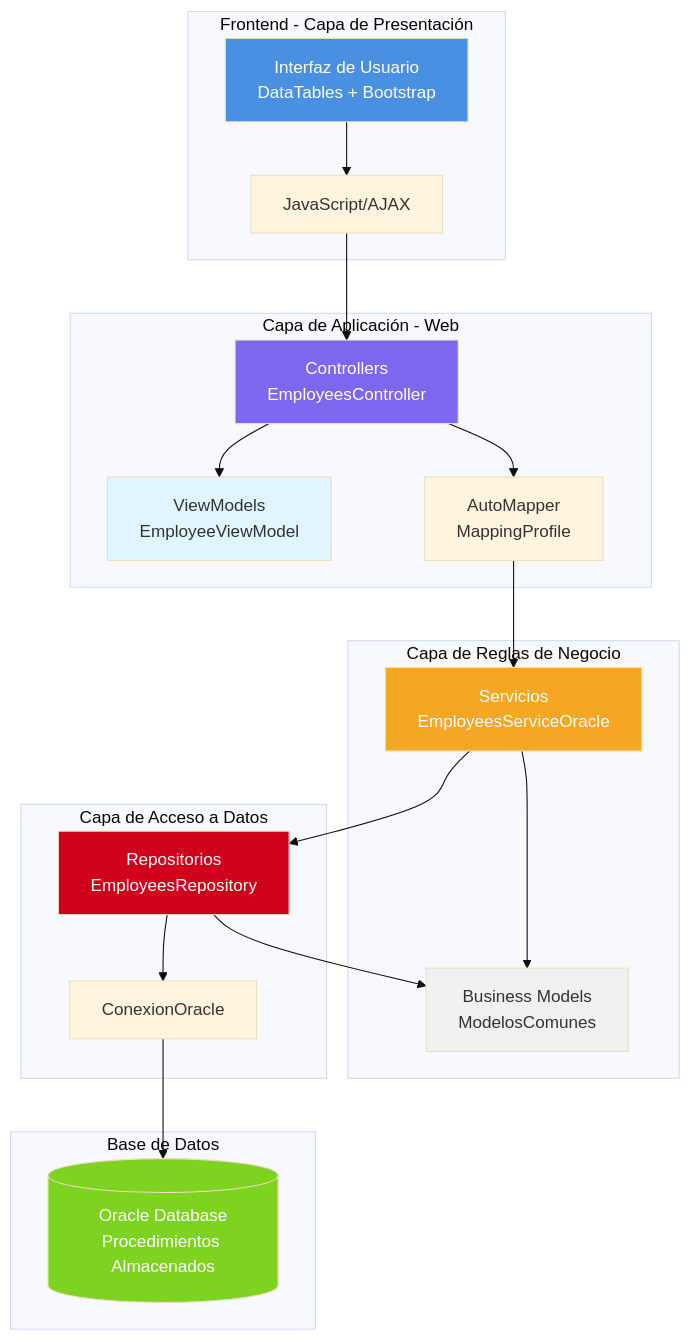
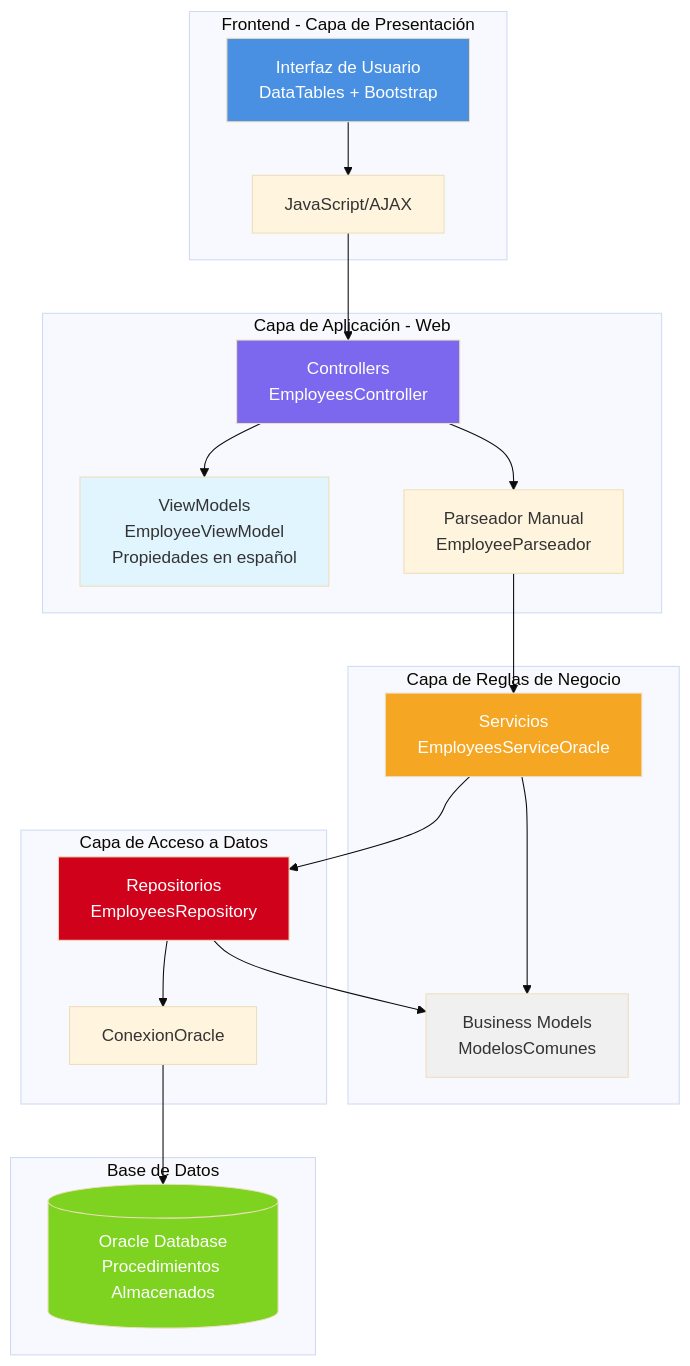
Before and after one commit to alejandro3469/AdministracionFlotillas: the first of 8 diagrams in docs/ARQUITECTURA.md, drawn with Mermaid (base theme). The commit also changed other lines of this file and 4 other files, not shown here.

First line of the commit message:
Docs: actualizar documentación para reflejar parseador manual y ViewModels en español

````diff
--- a/docs/ARQUITECTURA.md
+++ b/docs/ARQUITECTURA.md
@@ -5,46 +5,46 @@
 ```mermaid
 graph TB
     subgraph "Frontend - Capa de Presentación"
         UI[Interfaz de Usuario<br/>DataTables + Bootstrap]
         JS[JavaScript/AJAX]
         UI --> JS
     end
     
     subgraph "Capa de Aplicación - Web"
         CTRL[Controllers<br/>EmployeesController]
-        VM[ViewModels<br/>EmployeeViewModel]
-        PARSER[AutoMapper<br/>MappingProfile]
+        VM[ViewModels<br/>EmployeeViewModel<br/>Propiedades en español]
+        PARSER[Parseador Manual<br/>EmployeeParseador]
         CTRL --> VM
         CTRL --> PARSER
     end
     
     subgraph "Capa de Reglas de Negocio"
         SERV[Servicios<br/>EmployeesServiceOracle]
         BM[Business Models<br/>ModelosComunes]
         SERV --> BM
     end
     
     subgraph "Capa de Acceso a Datos"
         REPO[Repositorios<br/>EmployeesRepository]
         CONN[ConexionOracle]
         REPO --> CONN
         REPO --> BM
     end
     
     subgraph "Base de Datos"
         ORACLE[(Oracle Database<br/>Procedimientos Almacenados)]
     end
     
     JS --> CTRL
     PARSER --> SERV
     SERV --> REPO
     CONN --> ORACLE
     
     style UI fill:#4a90e2,color:#fff
     style CTRL fill:#7b68ee,color:#fff
     style SERV fill:#f5a623,color:#fff
     style REPO fill:#d0021b,color:#fff
     style ORACLE fill:#7ed321,color:#fff
     style BM fill:#f0f0f0
     style VM fill:#e1f5ff
 ```
````
